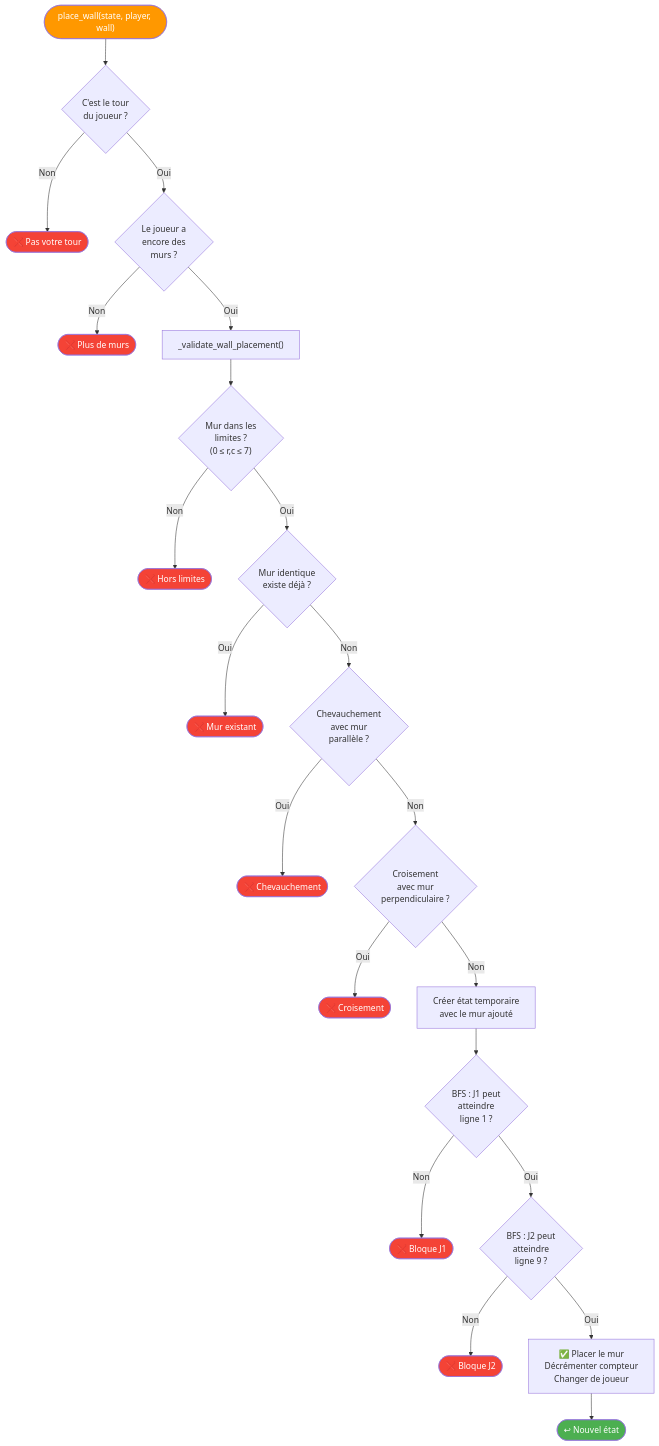
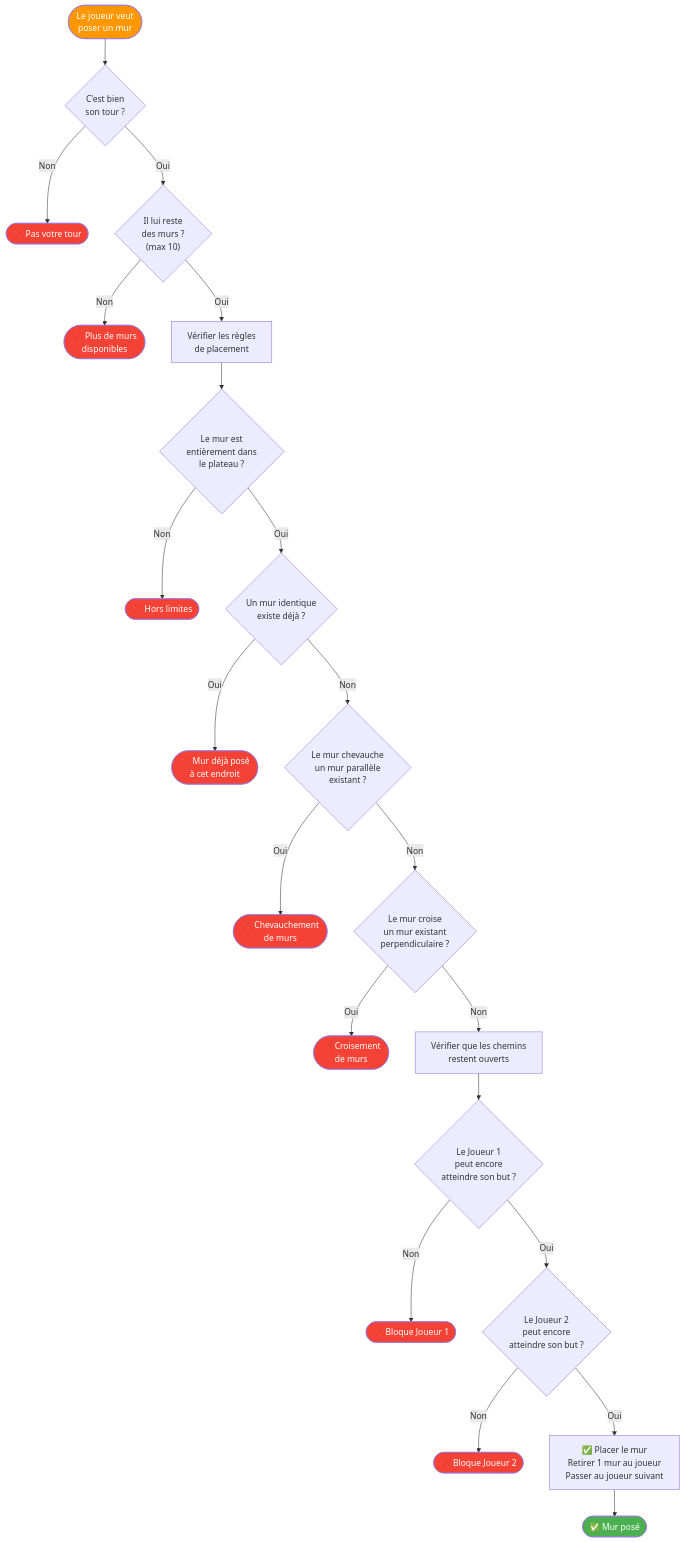
One commit to Silou1/Projet_mecatronique_I3 changed the fourth of 5 diagrams in flowcharts/03_logique_jeu.md. Above: the diagram before and after it, drawn with Mermaid. The commit also changed other lines of this file and 3 other files, not shown here.

Commit message:
docs: simplify flowcharts with plain-language descriptions

````diff
--- a/flowcharts/03_logique_jeu.md
+++ b/flowcharts/03_logique_jeu.md
@@ -100,36 +100,36 @@
 ```mermaid
 flowchart TD
-    WALL_START(["place_wall(state, player, wall)"]) --> W_TURN{"C'est le tour<br/>du joueur ?"}
+    WALL_START(["Le joueur veut<br/>poser un mur"]) --> W_TURN{"C'est bien<br/>son tour ?"}
     W_TURN -->|Non| W_ERR1(["❌ Pas votre tour"])
-    W_TURN -->|Oui| W_WALLS{"Le joueur a<br/>encore des<br/>murs ?"}
-    W_WALLS -->|Non| W_ERR2(["❌ Plus de murs"])
+    W_TURN -->|Oui| W_WALLS{"Il lui reste<br/>des murs ?<br/>(max 10)"}
+    W_WALLS -->|Non| W_ERR2(["❌ Plus de murs<br/>disponibles"])
     W_WALLS -->|Oui| VALIDATE
 
-    VALIDATE["_validate_wall_placement()"] --> V1{"Mur dans les<br/>limites ?<br/>(0 ≤ r,c ≤ 7)"}
+    VALIDATE["Vérifier les règles<br/>de placement"] --> V1{"Le mur est<br/>entièrement dans<br/>le plateau ?"}
     V1 -->|Non| V_ERR1(["❌ Hors limites"])
-    V1 -->|Oui| V2{"Mur identique<br/>existe déjà ?"}
-    V2 -->|Oui| V_ERR2(["❌ Mur existant"])
-    V2 -->|Non| V3{"Chevauchement<br/>avec mur<br/>parallèle ?"}
-    V3 -->|Oui| V_ERR3(["❌ Chevauchement"])
-    V3 -->|Non| V4{"Croisement<br/>avec mur<br/>perpendiculaire ?"}
-    V4 -->|Oui| V_ERR4(["❌ Croisement"])
+    V1 -->|Oui| V2{"Un mur identique<br/>existe déjà ?"}
+    V2 -->|Oui| V_ERR2(["❌ Mur déjà posé<br/>à cet endroit"])
+    V2 -->|Non| V3{"Le mur chevauche<br/>un mur parallèle<br/>existant ?"}
+    V3 -->|Oui| V_ERR3(["❌ Chevauchement<br/>de murs"])
+    V3 -->|Non| V4{"Le mur croise<br/>un mur existant<br/>perpendiculaire ?"}
+    V4 -->|Oui| V_ERR4(["❌ Croisement<br/>de murs"])
     V4 -->|Non| PATH_CHECK
 
-    PATH_CHECK["Créer état temporaire<br/>avec le mur ajouté"] --> BFS1{"BFS : J1 peut<br/>atteindre<br/>ligne 1 ?"}
-    BFS1 -->|Non| P_ERR(["❌ Bloque J1"])
-    BFS1 -->|Oui| BFS2{"BFS : J2 peut<br/>atteindre<br/>ligne 9 ?"}
-    BFS2 -->|Non| P_ERR2(["❌ Bloque J2"])
-    BFS2 -->|Oui| PLACE["✅ Placer le mur<br/>Décrémenter compteur<br/>Changer de joueur"]
-    PLACE --> W_RETURN(["↩ Nouvel état"])
+    PATH_CHECK["Vérifier que les chemins<br/>restent ouverts"] --> BFS1{"Le Joueur 1<br/>peut encore<br/>atteindre son but ?"}
+    BFS1 -->|Non| P_ERR(["❌ Bloque Joueur 1"])
+    BFS1 -->|Oui| BFS2{"Le Joueur 2<br/>peut encore<br/>atteindre son but ?"}
+    BFS2 -->|Non| P_ERR2(["❌ Bloque Joueur 2"])
+    BFS2 -->|Oui| PLACE["✅ Placer le mur<br/>Retirer 1 mur au joueur<br/>Passer au joueur suivant"]
+    PLACE --> W_RETURN(["✅ Mur posé"])
 
     style WALL_START fill:#FF9800,color:#fff
     style W_RETURN fill:#4CAF50,color:#fff
     style V_ERR1 fill:#f44336,color:#fff
     style V_ERR2 fill:#f44336,color:#fff
     style V_ERR3 fill:#f44336,color:#fff
     style V_ERR4 fill:#f44336,color:#fff
     style P_ERR fill:#f44336,color:#fff
     style P_ERR2 fill:#f44336,color:#fff
     style W_ERR1 fill:#f44336,color:#fff
     style W_ERR2 fill:#f44336,color:#fff
 ```
````
